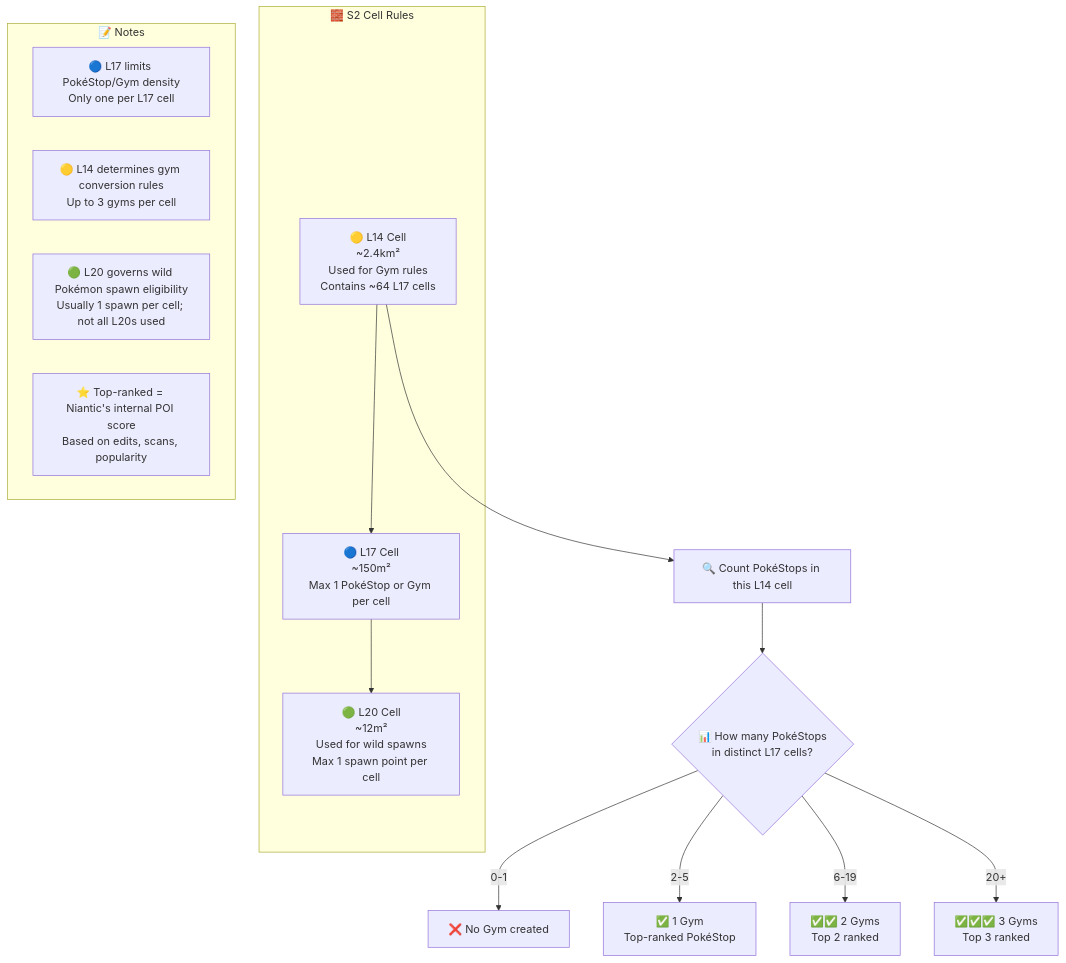
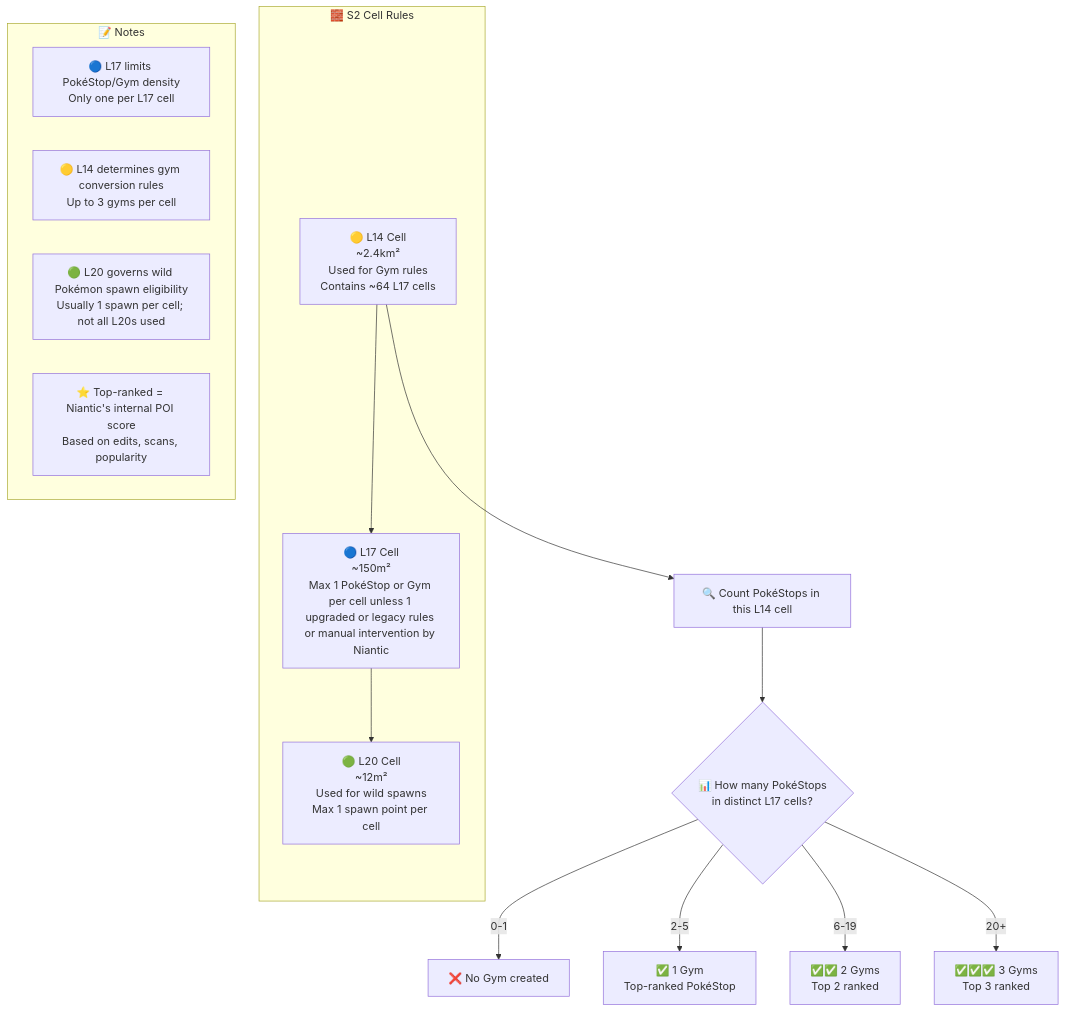
Before and after one commit to gsmitheidw/pogo-s2-kildare: the diagram in README.md, drawn with Mermaid. The commit also changed other lines of this file, not shown here.

Commit message:
add tinting feature

````diff
--- a/README.md
+++ b/README.md
@@ -58,25 +59,25 @@
 ```mermaid
 flowchart TD
     %% === S2 Structure and Limits ===
     subgraph "🧱 S2 Cell Rules"
-        A[🟡 L14 Cell<br/>~2.4km²<br/>Used for Gym rules<br/>Contains ~64 L17 cells] --> B[🔵 L17 Cell<br/>~150m²<br/>Max 1 PokéStop or Gym per cell]
+        A[🟡 L14 Cell<br/>~2.4km²<br/>Used for Gym rules<br/>Contains ~64 L17 cells] --> B[🔵 L17 Cell<br/>~150m²<br/>Max 1 PokéStop or Gym per cell unless 1 upgraded or legacy rules or manual intervention by Niantic]
         B --> C[🟢 L20 Cell<br/>~12m²<br/>Used for wild spawns<br/>Max 1 spawn point per cell]
     end
 
     %% === Stop Distribution and L14 Calculation ===
     A --> D[🔍 Count PokéStops in this L14 cell]
     D --> E{📊 How many PokéStops<br/>in distinct L17 cells?}
 
     E -->|0-1| F[❌ No Gym created]
     E -->|2-5| G[✅ 1 Gym<br/>Top-ranked PokéStop]
     E -->|6-19| H[✅✅ 2 Gyms<br/>Top 2 ranked]
     E -->|20+| I[✅✅✅ 3 Gyms<br/>Top 3 ranked]
 
     %% === Notes ===
     subgraph "📝 Notes"
         N1[🔵 L17 limits PokéStop/Gym density<br/>Only one per L17 cell]
         N2[🟡 L14 determines gym conversion rules<br/>Up to 3 gyms per cell]
         N3[🟢 L20 governs wild Pokémon spawn eligibility<br/>Usually 1 spawn per cell; not all L20s used]
         N4[⭐ Top-ranked = Niantic's internal POI score<br/>Based on edits, scans, popularity]
     end
 ```
````
